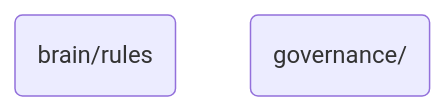
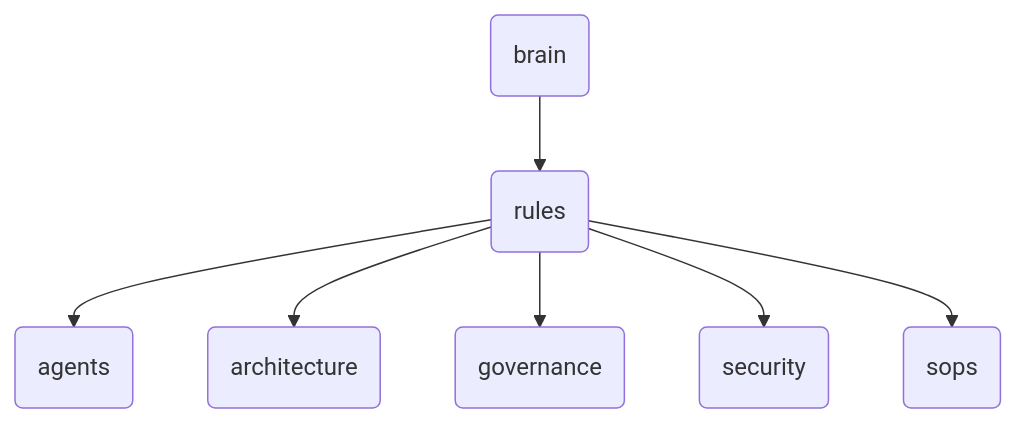
The diagram in brain/rules/_DIR_IDENTITY.md (LongLeo287/OmniClaw), drawn with Mermaid before and after one commit. The commit also changed other lines of this file and 8486 other files, not shown here.

````diff
--- a/brain/rules/_DIR_IDENTITY.md
+++ b/brain/rules/_DIR_IDENTITY.md
@@ -18,5 +21,9 @@
 ```mermaid
 graph TD
- Root("brain/rules")
- Governance("governance/")
+ Parent("brain") --> Node("rules")
+ Node --> S1("agents")
+ Node --> S2("architecture")
+ Node --> S3("governance")
+ Node --> S4("security")
+ Node --> S5("sops")
 ```
````
